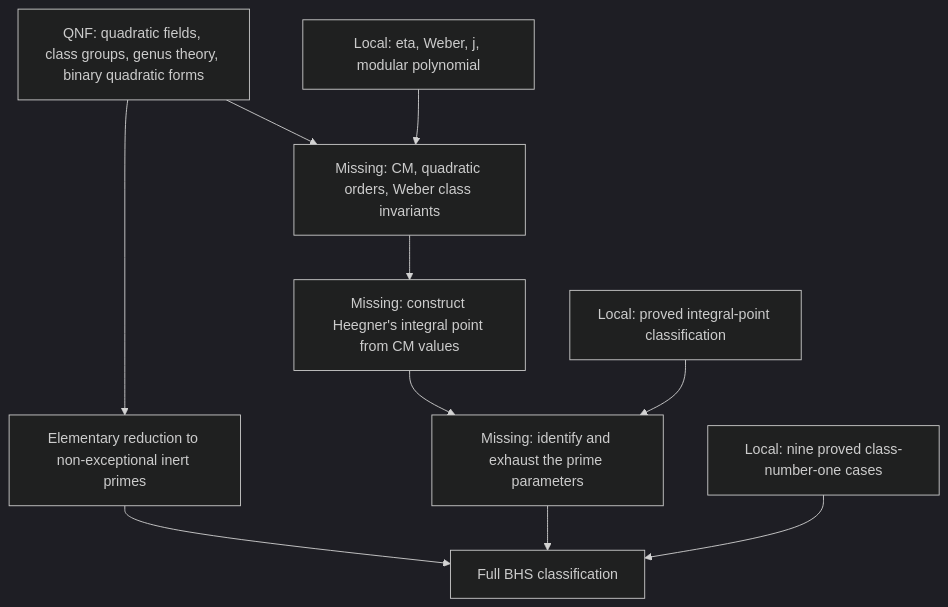
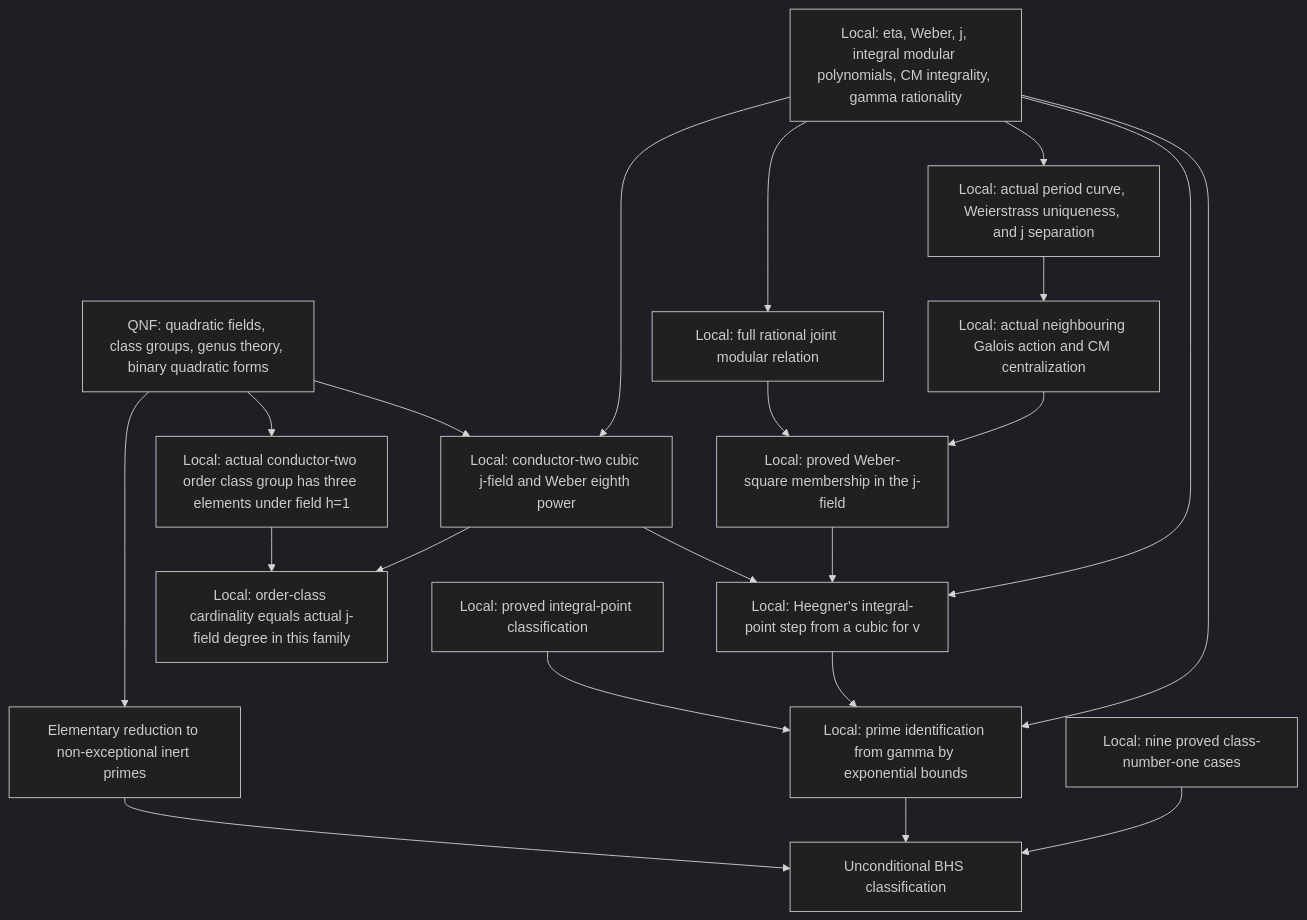
Before and after one commit to WangFrankie/BakerHeegnerStark: the diagram in README.md, drawn with Mermaid (dark theme). The commit also changed other lines of this file and 10 other files, not shown here.

Commit message:
feat: complete the BHS classification and strict axiom audit

````diff
--- a/README.md
+++ b/README.md
@@ -102,21 +749,38 @@
 ```mermaid
 flowchart TD
     Q["QNF: quadratic fields, class groups, genus theory, binary quadratic forms"]
-    M["Local: eta, Weber, j, modular polynomial"]
+    M["Local: eta, Weber, j, integral modular polynomials, CM integrality, gamma rationality"]
+    W["Local: actual period curve, Weierstrass uniqueness, and j separation"]
     R["Elementary reduction to non-exceptional inert primes"]
-    C["Missing: CM, quadratic orders, Weber class invariants"]
-    H["Missing: construct Heegner's integral point from CM values"]
+    O["Local: actual conductor-two order class group has three elements under field h=1"]
+    T["Local: conductor-two cubic j-field and Weber eighth power"]
+    E["Local: order-class cardinality equals actual j-field degree in this family"]
+    J["Local: full rational joint modular relation"]
+    A["Local: actual neighbouring Galois action and CM centralization"]
+    C["Local: proved Weber-square membership in the j-field"]
+    H["Local: Heegner's integral-point step from a cubic for v"]
     D["Local: proved integral-point classification"]
-    P["Missing: identify and exhaust the prime parameters"]
+    P["Local: prime identification from gamma by exponential bounds"]
     N["Local: nine proved class-number-one cases"]
-    F["Full BHS classification"]
+    F["Unconditional BHS classification"]
     Q --> R
-    Q --> C
-    M --> C
+    Q --> O
+    Q --> T
+    M --> T
+    O --> E
+    T --> E
+    M --> J
+    J --> C
+    A --> C
+    M --> W
+    W --> A
     C --> H
+    M --> H
+    T --> H
     H --> P
+    M --> P
     D --> P
     R --> F
     P --> F
     N --> F
 ```
````
